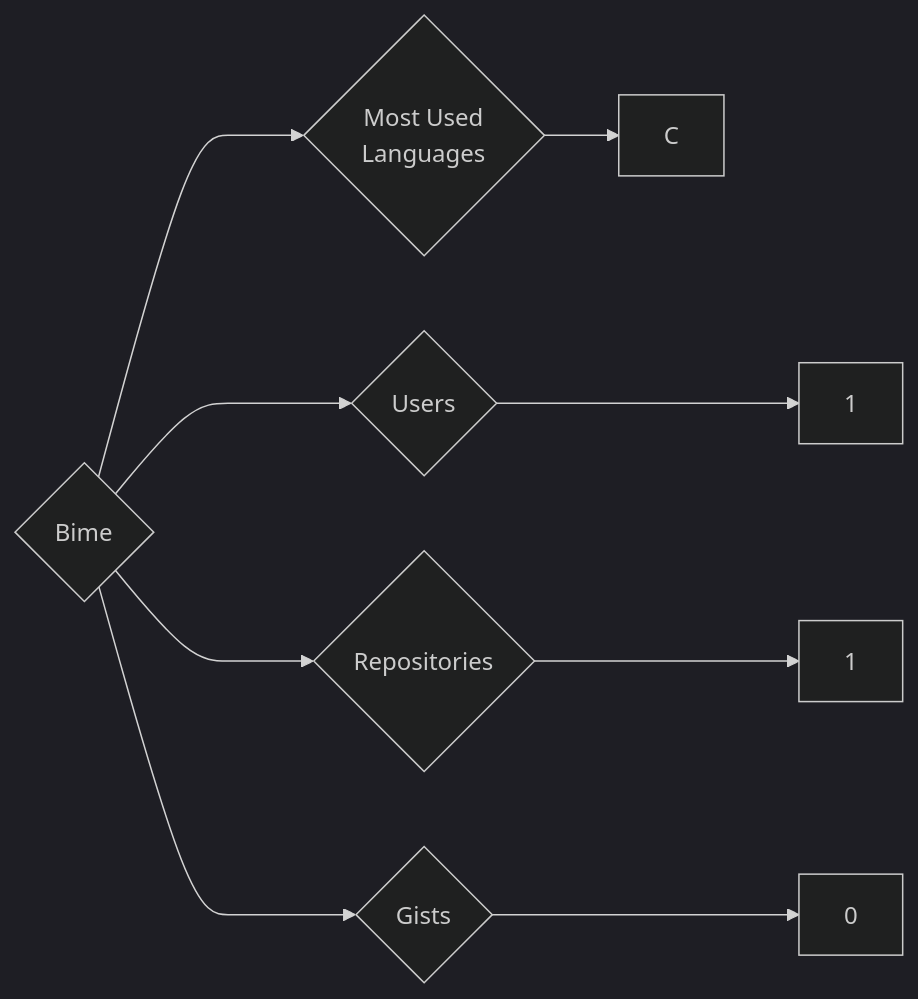
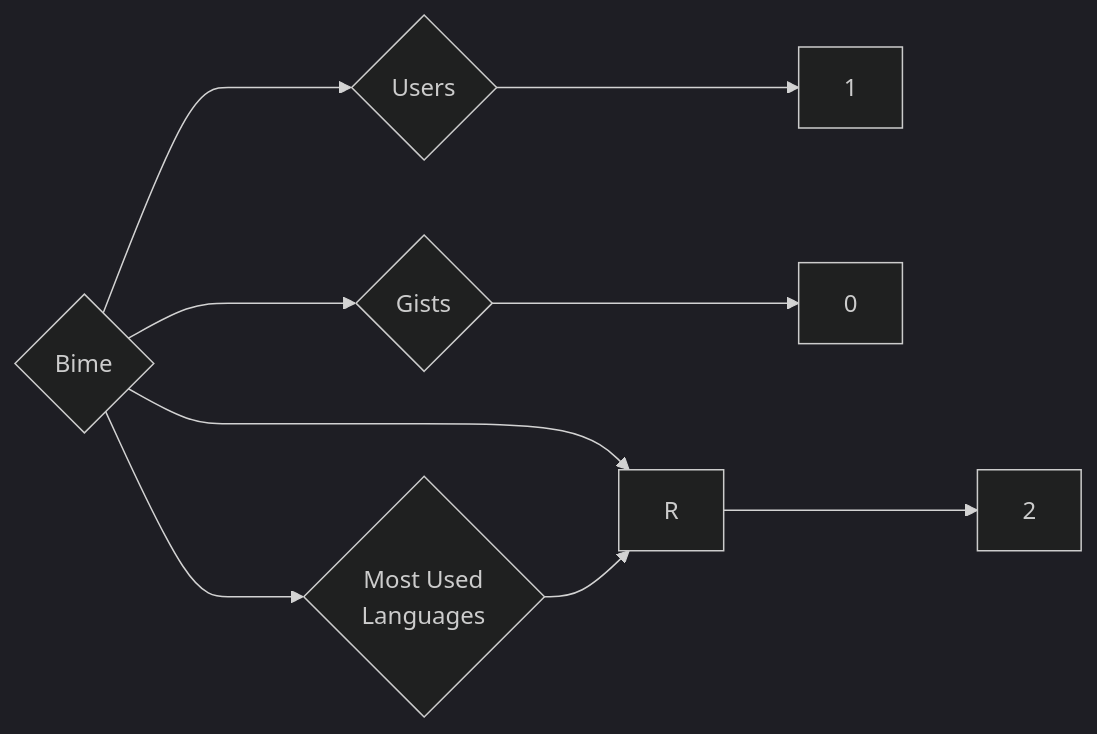
The diagram in targets/Bime/README.md (trickest/insiders), drawn with Mermaid (dark theme) before and after one commit. The commit also changed 870 other files, not shown here.

````diff
--- a/targets/Bime/README.md
+++ b/targets/Bime/README.md
@@ -3,9 +3,9 @@
 ```mermaid
 graph LR
 COMPANY_NAME{Bime}
 COMPANY_NAME ---> U{Users} ---> UN[1]
-COMPANY_NAME ---> R{Repositories} ---> RN[1]
+COMPANY_NAME ---> R{Repositories} ---> RN[2]
 COMPANY_NAME ---> G{Gists} ---> GN[0]
 COMPANY_NAME ---> ML{Most Used<br>Languages}
-ML --> C[C]
+ML --> R[R]
 ```
````
